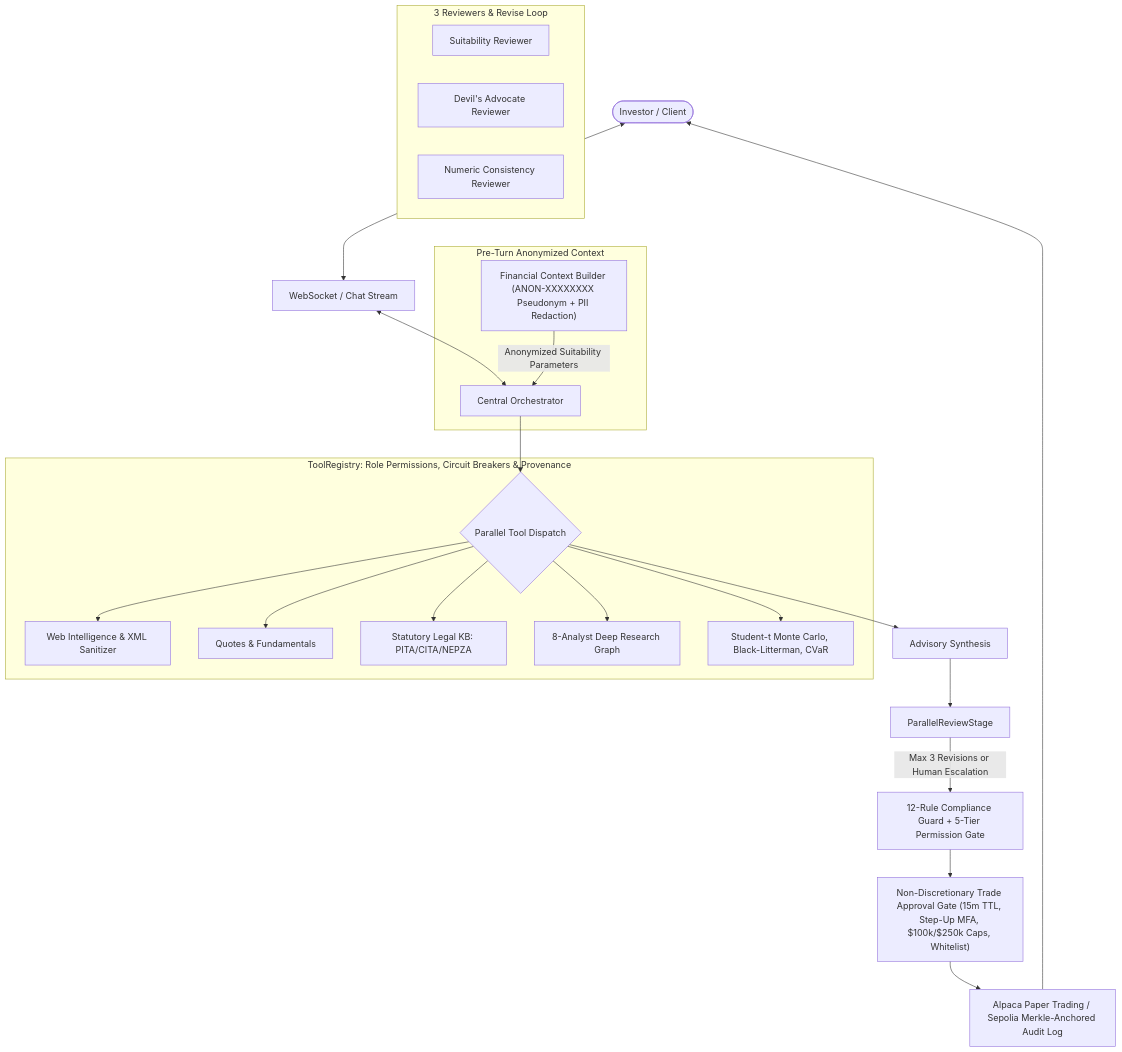
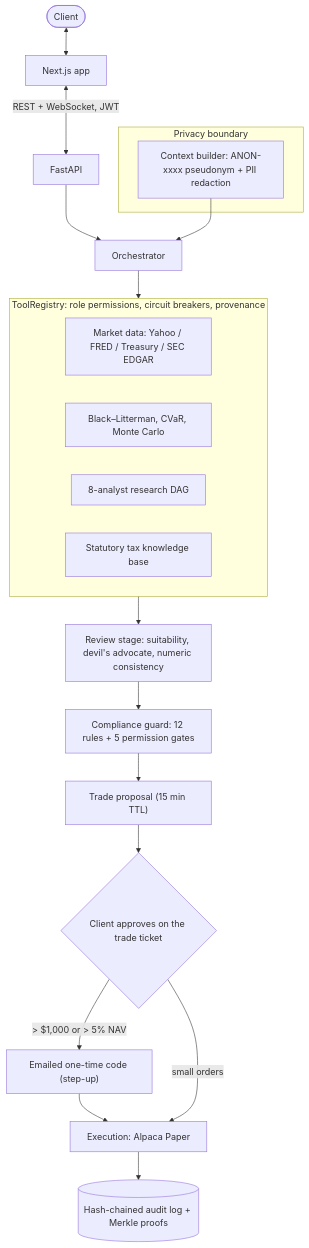
The diagram in README.md (g93sambo/FinFuture), drawn with Mermaid before and after one commit. The commit also changed other lines of this file and 71 other files, not shown here.

````diff
--- a/README.md
+++ b/README.md
@@ -11,31 +43,27 @@
 ```mermaid
 flowchart TD
-    User([Investor / Client]) <--> WebSocket[WebSocket / Chat Stream]
-    WebSocket <--> Orch[Central Orchestrator]
+    User([Client]) <--> UI[Next.js app]
+    UI <-->|REST + WebSocket, JWT| API[FastAPI]
+    API --> Orch[Orchestrator]
 
-    subgraph Pre-Turn Anonymized Context
-        CtxBuilder["Financial Context Builder (ANON-XXXXXXXX Pseudonym + PII Redaction)"] -->|Anonymized Suitability Parameters| Orch
+    subgraph Context [Privacy boundary]
+        Ctx["Context builder: ANON-xxxx pseudonym + PII redaction"]
     end
+    Ctx --> Orch
 
-    subgraph Tool Calling Pipeline [ToolRegistry: Role Permissions, Circuit Breakers & Provenance]
-        Orch --> Tools{Parallel Tool Dispatch}
-        Tools --> WebIntel[Web Intelligence & XML Sanitizer]
-        Tools --> MarketData[Quotes & Fundamentals]
-        Tools --> TaxEngine[Statutory Legal KB: PITA/CITA/NEPZA]
-        Tools --> ResearchGraph[8-Analyst Deep Research Graph]
-        Tools --> QuantEng[Student-t Monte Carlo, Black-Litterman, CVaR]
+    subgraph Tools [ToolRegistry: role permissions, circuit breakers, provenance]
+        MD[Market data: Yahoo / FRED / Treasury / SEC EDGAR]
+        Quant[Black–Litterman, CVaR, Monte Carlo]
+        Research[8-analyst research DAG]
+        Tax[Statutory tax knowledge base]
     end
-
-    subgraph Parallel Review Stage [3 Reviewers & Revise Loop]
-        SuitabilityReviewer[Suitability Reviewer]
-        DevilsAdvocate[Devil's Advocate Reviewer]
-        NumericReviewer[Numeric Consistency Reviewer]
-    end
-
-    Tools --> Synthesis[Advisory Synthesis]
-    Synthesis --> ParallelReviewStage
-    ParallelReviewStage -->|Max 3 Revisions or Human Escalation| ComplGate[12-Rule Compliance Guard + 5-Tier Permission Gate]
-    ComplGate --> NonDiscretionaryGate["Non-Discretionary Trade Approval Gate (15m TTL, Step-Up MFA, $100k/$250k Caps, Whitelist)"]
-    NonDiscretionaryGate --> Execution[Alpaca Paper Trading / Sepolia Merkle-Anchored Audit Log]
-    Execution --> User
+    Orch --> Tools
+    Tools --> Review["Review stage: suitability, devil's advocate, numeric consistency"]
+    Review --> Guard[Compliance guard: 12 rules + 5 permission gates]
+    Guard --> Proposal["Trade proposal (15 min TTL)"]
+    Proposal --> Approve{"Client approves on the trade ticket"}
+    Approve -->|"> $1,000 or > 5% NAV"| OTP["Emailed one-time code (step-up)"]
+    OTP --> Exec
+    Approve -->|small orders| Exec[Execution: Alpaca Paper]
+    Exec --> Audit[(Hash-chained audit log + Merkle proofs)]
 ```
````
